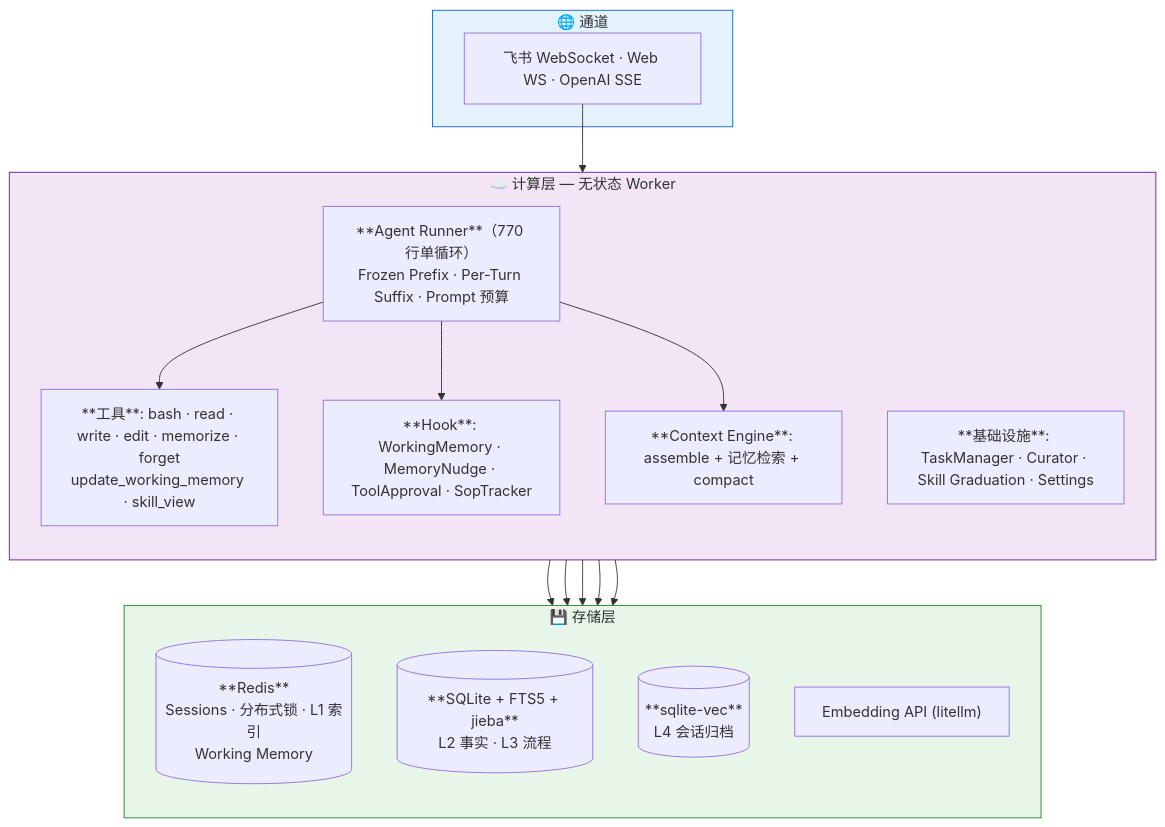
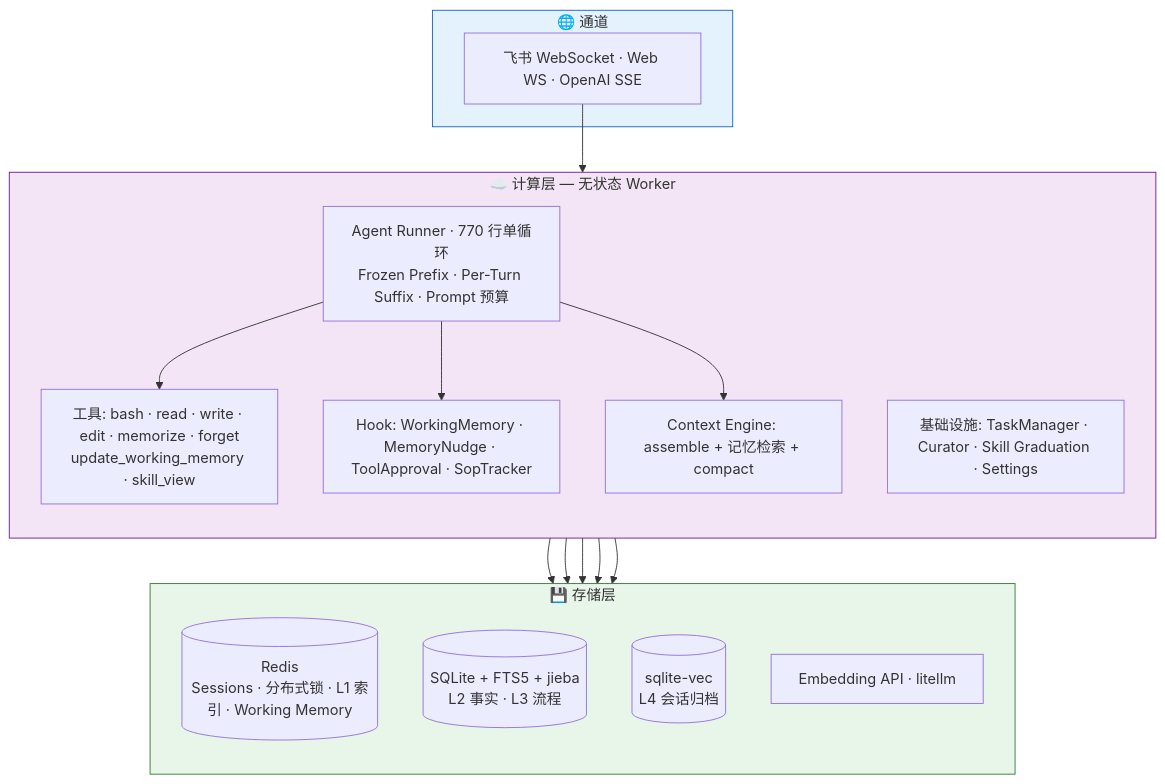
The third of 4 diagrams in README_CN.md (Timeflys2018/pyclaw), drawn with Mermaid before and after one commit. The commit also changed 1 other file, not shown here.

Commit message:
docs: 移除 mermaid 节点中的 **bold** 语法（不支持渲染）

````diff
--- a/README_CN.md
+++ b/README_CN.md
@@ -172,37 +172,37 @@
 ```mermaid
 graph TB
     subgraph Channels["🌐 通道"]
         CH[飞书 WebSocket · Web WS · OpenAI SSE]
     end
 
     subgraph Compute["☁️ 计算层 — 无状态 Worker"]
         direction TB
-        Runner["**Agent Runner**（770 行单循环）<br/>Frozen Prefix · Per-Turn Suffix · Prompt 预算"]
-        Tools["**工具**: bash · read · write · edit · memorize · forget<br/>update_working_memory · skill_view"]
-        Hooks["**Hook**: WorkingMemory · MemoryNudge · ToolApproval · SopTracker"]
-        CE["**Context Engine**: assemble + 记忆检索 + compact"]
-        Infra["**基础设施**: TaskManager · Curator · Skill Graduation · Settings"]
+        Runner["Agent Runner · 770 行单循环<br/>Frozen Prefix · Per-Turn Suffix · Prompt 预算"]
+        Tools["工具: bash · read · write · edit · memorize · forget<br/>update_working_memory · skill_view"]
+        Hooks["Hook: WorkingMemory · MemoryNudge · ToolApproval · SopTracker"]
+        CE["Context Engine: assemble + 记忆检索 + compact"]
+        Infra["基础设施: TaskManager · Curator · Skill Graduation · Settings"]
     end
 
     subgraph Storage["💾 存储层"]
         direction TB
-        Redis[("**Redis**<br/>Sessions · 分布式锁 · L1 索引<br/>Working Memory")]
-        Memory[("**SQLite + FTS5 + jieba**<br/>L2 事实 · L3 流程")]
-        Vec[("**sqlite-vec**<br/>L4 会话归档")]
-        Embed["Embedding API (litellm)"]
+        Redis[("Redis<br/>Sessions · 分布式锁 · L1 索引 · Working Memory")]
+        Memory[("SQLite + FTS5 + jieba<br/>L2 事实 · L3 流程")]
+        Vec[("sqlite-vec<br/>L4 会话归档")]
+        Embed["Embedding API · litellm"]
     end
 
     CH --> Runner
     Runner --> Tools
     Runner --> Hooks
     Runner --> CE
     Hooks --> Redis
     CE --> Memory
     CE --> Vec
     CE --> Embed
     Infra --> Redis
 
     style Channels fill:#e3f2fd,stroke:#1565c0
     style Compute fill:#f3e5f5,stroke:#6a1b9a
     style Storage fill:#e8f5e9,stroke:#2e7d32
 ```
````
